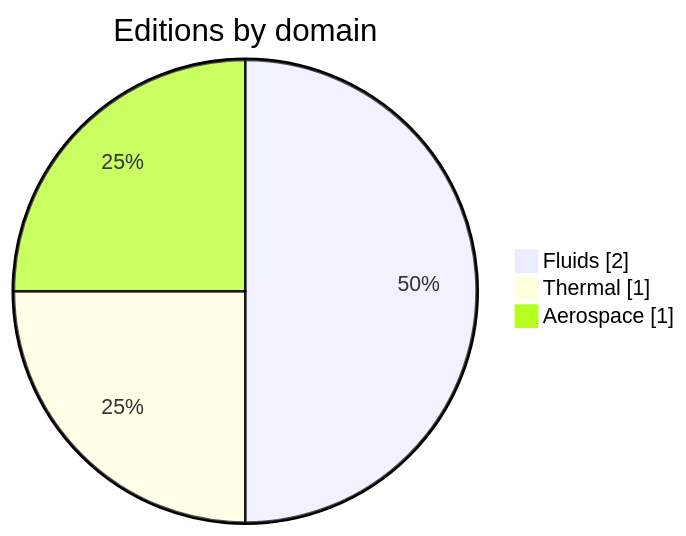
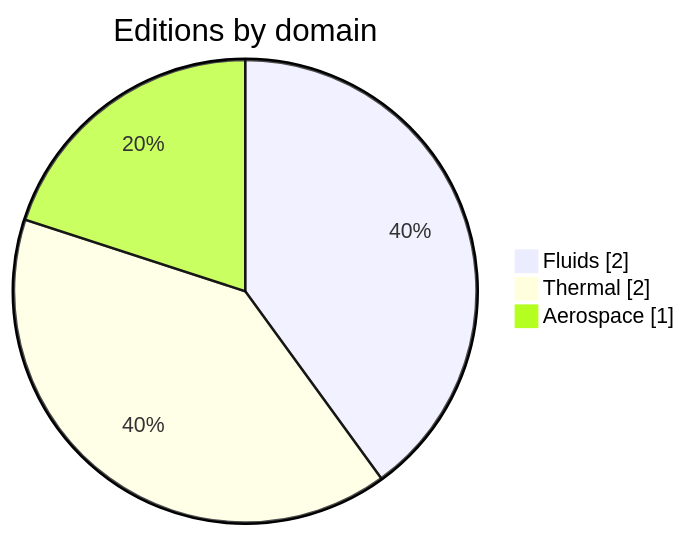
The second of 2 diagrams in README.md (omax404/acta-problemata), drawn with Mermaid before and after one commit. The commit also changed other lines of this file and 7 other files, not shown here.

````diff
--- a/README.md
+++ b/README.md
@@ -156,6 +157,6 @@
 ```mermaid
 pie showData title Editions by domain
   "Fluids" : 2
-  "Thermal" : 1
+  "Thermal" : 2
   "Aerospace" : 1
 ```
````
